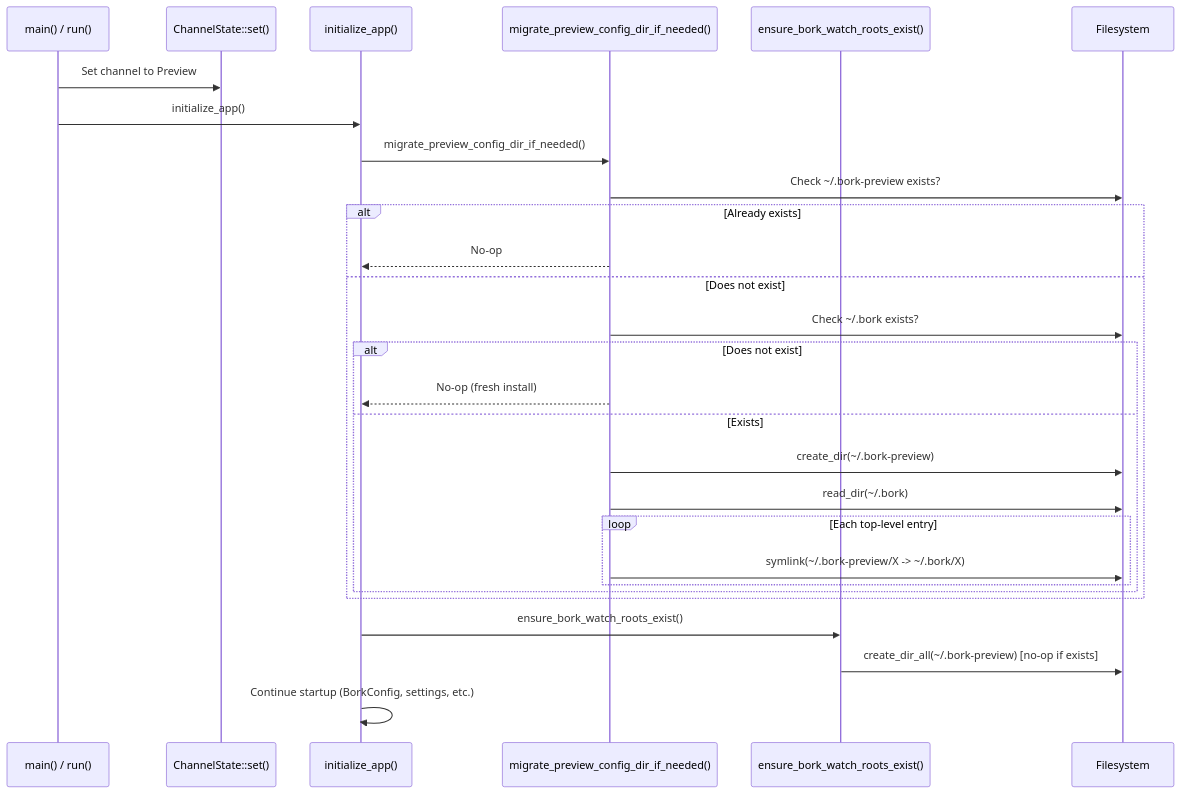
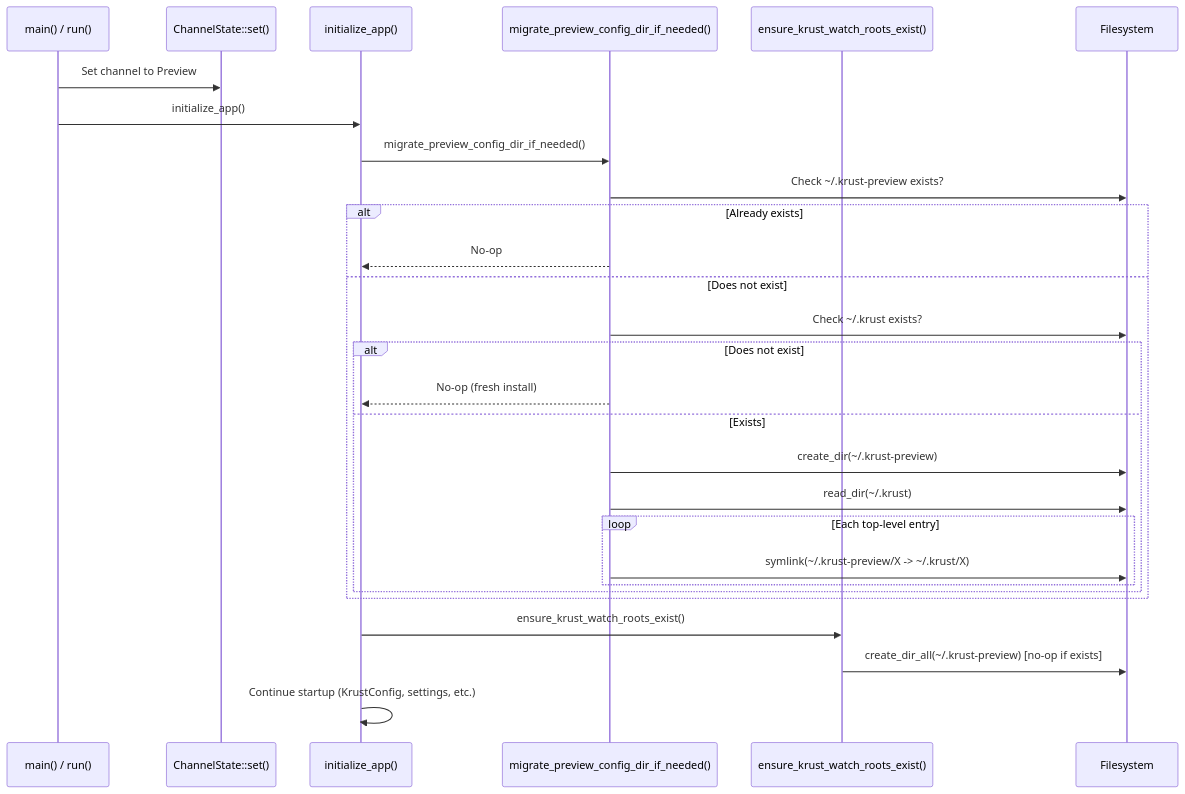
The diagram in specs/QUALITY-408/TECH.md (antikrust/krust-terminal), drawn with Mermaid before and after one commit. The commit also changed other lines of this file and 4480 other files, not shown here.

First line of the commit message:
Rebrand Bork -> Krust

````diff
--- a/specs/QUALITY-408/TECH.md
+++ b/specs/QUALITY-408/TECH.md
@@ -81,31 +81,31 @@
 ```mermaid
 sequenceDiagram
     participant Main as main() / run()
     participant CS as ChannelState::set()
     participant Init as initialize_app()
     participant Migrate as migrate_preview_config_dir_if_needed()
-    participant Ensure as ensure_bork_watch_roots_exist()
+    participant Ensure as ensure_krust_watch_roots_exist()
     participant FS as Filesystem
 
     Main->>CS: Set channel to Preview
     Main->>Init: initialize_app()
     Init->>Migrate: migrate_preview_config_dir_if_needed()
-    Migrate->>FS: Check ~/.bork-preview exists?
+    Migrate->>FS: Check ~/.krust-preview exists?
     alt Already exists
         Migrate-->>Init: No-op
     else Does not exist
-        Migrate->>FS: Check ~/.bork exists?
+        Migrate->>FS: Check ~/.krust exists?
         alt Does not exist
             Migrate-->>Init: No-op (fresh install)
         else Exists
-            Migrate->>FS: create_dir(~/.bork-preview)
-            Migrate->>FS: read_dir(~/.bork)
+            Migrate->>FS: create_dir(~/.krust-preview)
+            Migrate->>FS: read_dir(~/.krust)
             loop Each top-level entry
-                Migrate->>FS: symlink(~/.bork-preview/X -> ~/.bork/X)
+                Migrate->>FS: symlink(~/.krust-preview/X -> ~/.krust/X)
             end
         end
     end
-    Init->>Ensure: ensure_bork_watch_roots_exist()
-    Ensure->>FS: create_dir_all(~/.bork-preview) [no-op if exists]
-    Init->>Init: Continue startup (BorkConfig, settings, etc.)
+    Init->>Ensure: ensure_krust_watch_roots_exist()
+    Ensure->>FS: create_dir_all(~/.krust-preview) [no-op if exists]
+    Init->>Init: Continue startup (KrustConfig, settings, etc.)
 ```
````
